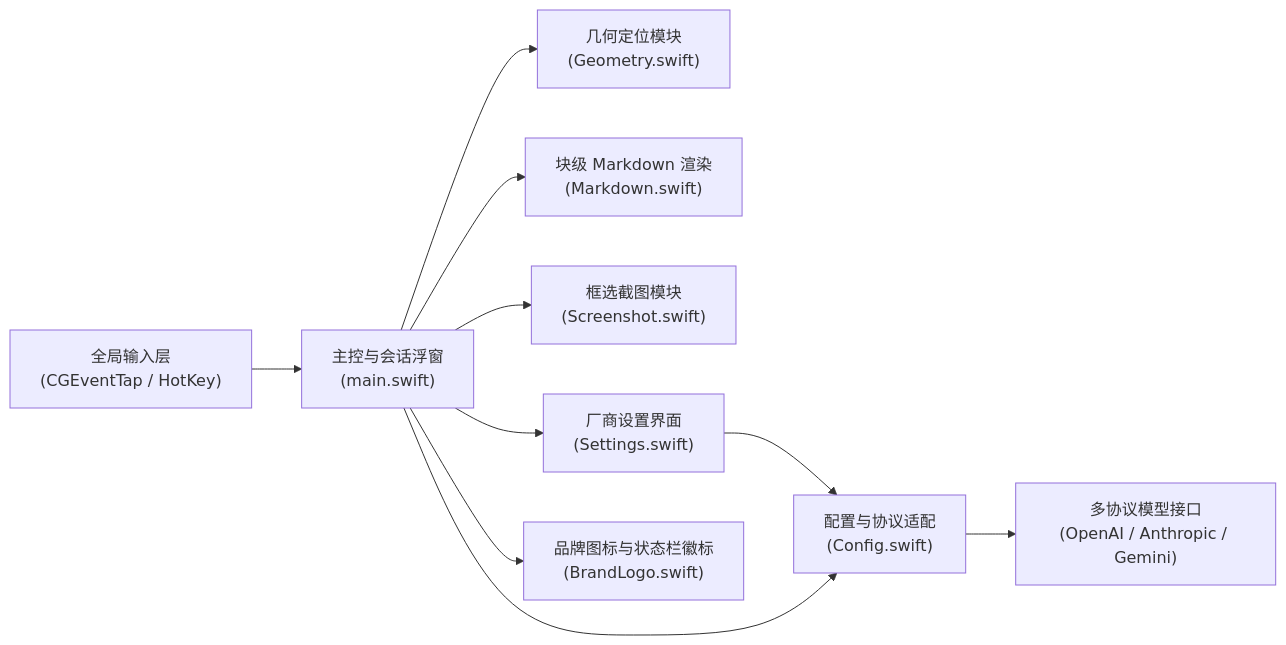
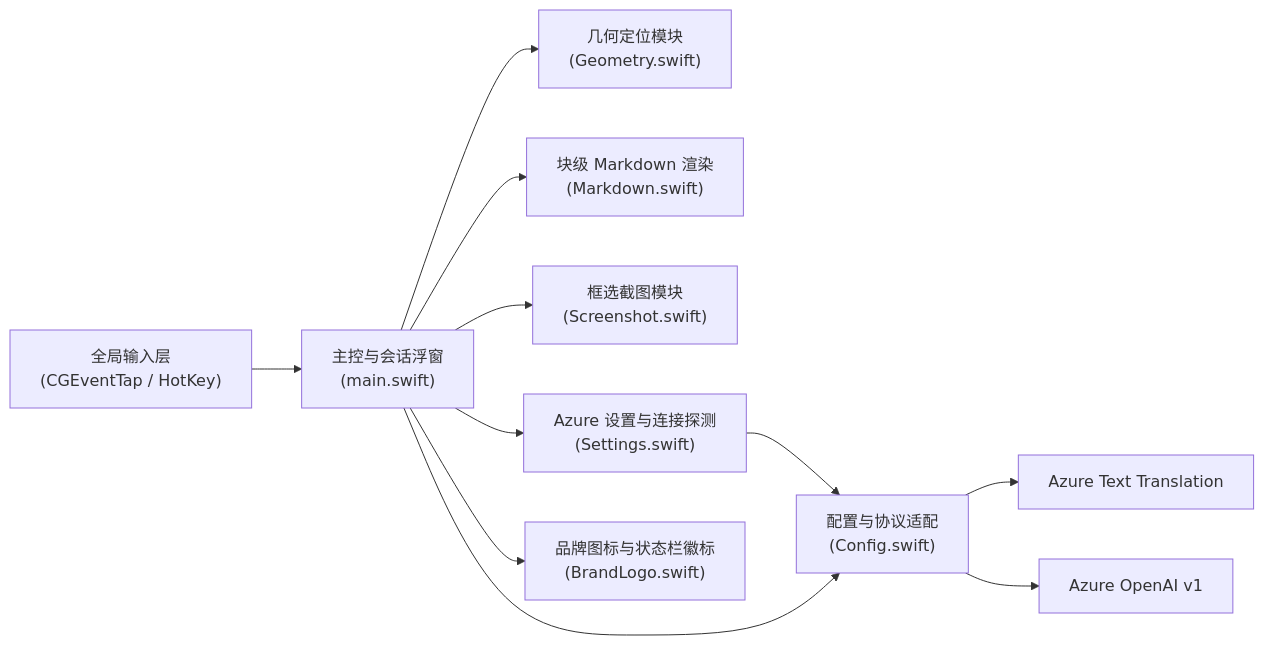
One commit to Sofiawuh/Glint changed the first of 2 diagrams in docs/architecture/overview.md. Above: the diagram before and after it, drawn with Mermaid. The commit also changed other lines of this file and 7 other files, not shown here.

Commit message:
docs(azure): document dedicated Azure architecture

````diff
--- a/docs/architecture/overview.md
+++ b/docs/architecture/overview.md
@@ -7,12 +7,13 @@
 ```mermaid
 flowchart LR
     EventTap["全局输入层\n(CGEventTap / HotKey)"] --> AppCore["主控与会话浮窗\n(main.swift)"]
     AppCore --> Geo["几何定位模块\n(Geometry.swift)"]
     AppCore --> MD["块级 Markdown 渲染\n(Markdown.swift)"]
     AppCore --> Capture["框选截图模块\n(Screenshot.swift)"]
-    AppCore --> SettingsUI["厂商设置界面\n(Settings.swift)"]
+    AppCore --> SettingsUI["Azure 设置与连接探测\n(Settings.swift)"]
     AppCore --> Brand["品牌图标与状态栏徽标\n(BrandLogo.swift)"]
     SettingsUI --> Config["配置与协议适配\n(Config.swift)"]
     AppCore --> Config
-    Config --> LLM["多协议模型接口\n(OpenAI / Anthropic / Gemini)"]
+    Config --> Translator["Azure Text Translation"]
+    Config --> GPT["Azure OpenAI v1"]
 ```
````
